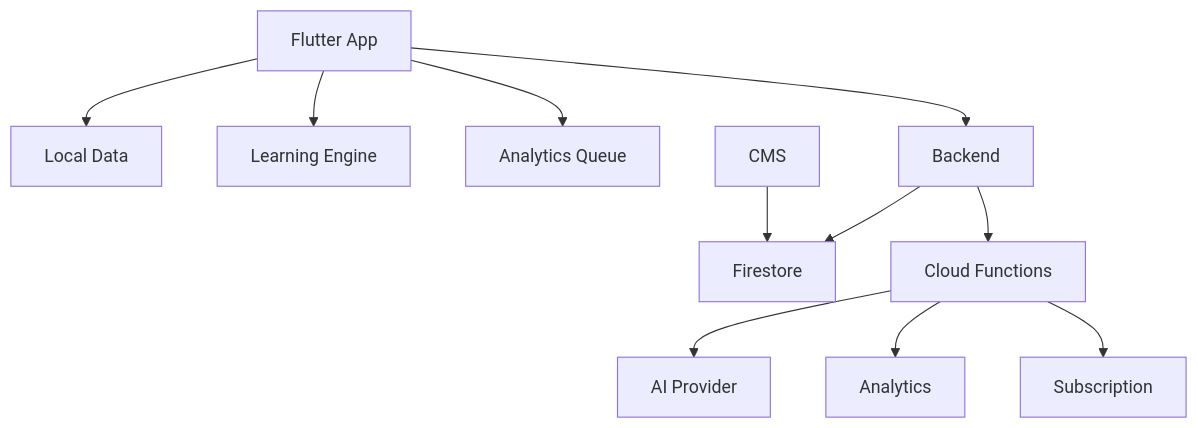
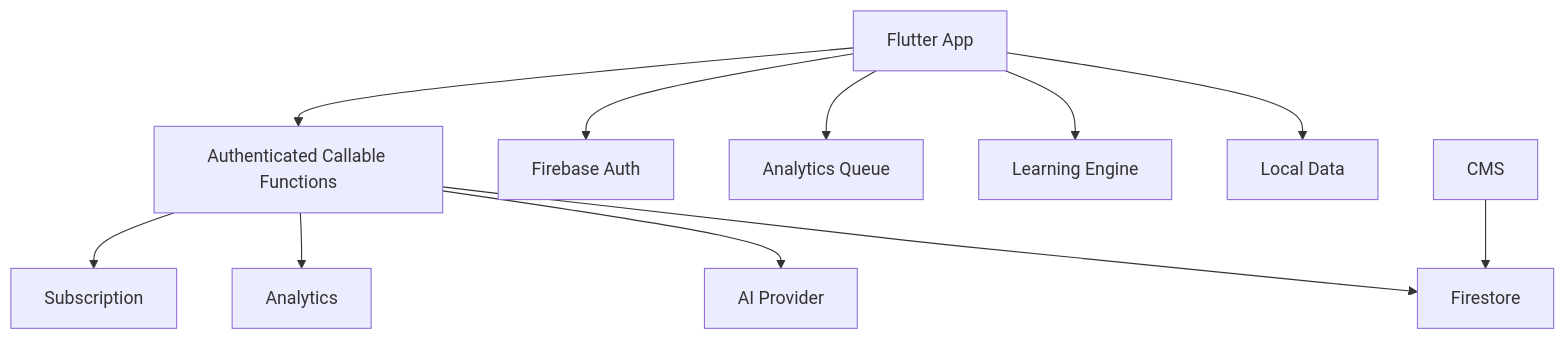
The diagram in docs/architecture/Technical_Design_Document.md (fauzibinfaisal/ExamCoach), drawn with Mermaid before and after one commit. The commit also changed other lines of this file and 62 other files, not shown here.

Commit message:
feat: add authenticated Firebase recovery (#10)

````diff
--- a/docs/architecture/Technical_Design_Document.md
+++ b/docs/architecture/Technical_Design_Document.md
@@ -21,13 +21,13 @@
 ```mermaid
 flowchart TD
     A[Flutter App] --> B[Local Data]
     A --> C[Learning Engine]
     A --> D[Analytics Queue]
-    A --> E[Backend]
-    E --> F[Firestore]
-    E --> G[Cloud Functions]
+    A --> E[Firebase Auth]
+    A --> G[Authenticated Callable Functions]
+    G --> F[Firestore]
     G --> H[AI Provider]
     G --> I[Analytics]
     G --> J[Subscription]
     K[CMS] --> F
 ```
````
